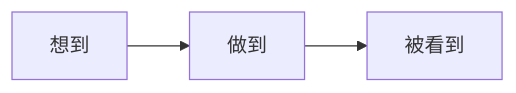
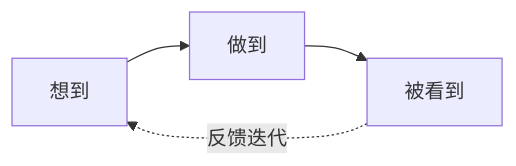
Before and after one commit to lijma/lijma: the diagram in index.md, drawn with Mermaid. The commit also changed other lines of this file, not shown here.

````diff
--- a/index.md
+++ b/index.md
@@ -57,5 +74,6 @@
 ```mermaid
 graph LR
     A[想到] --> B[做到]
     B --> C[被看到]
+    C -.->|反馈迭代| A
 ```
````
